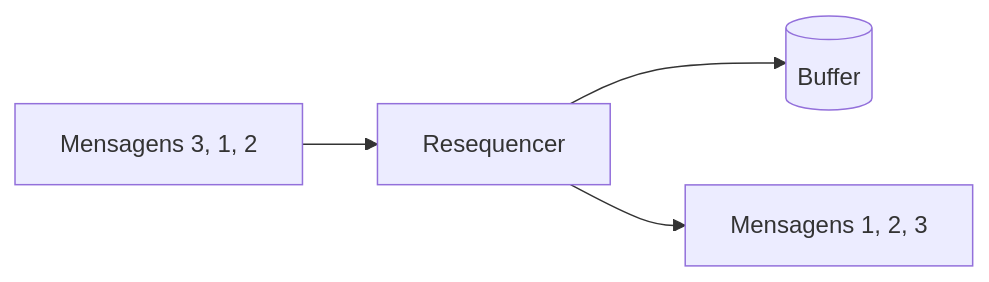
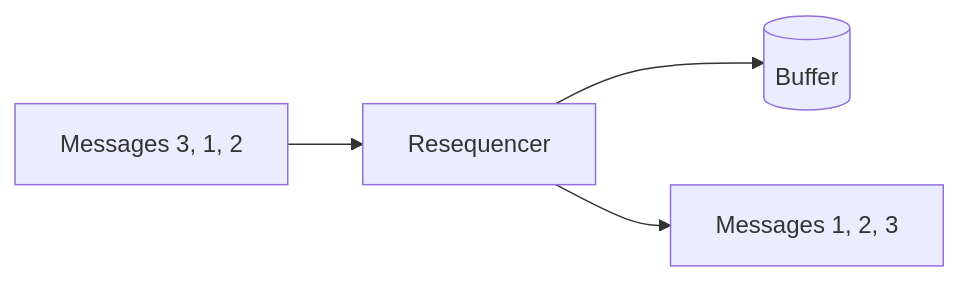
The diagram in docs/architecture/eip/message-routing/resequencer.md (alancesar/design-patterns), drawn with Mermaid before and after one commit. The commit also changed 258 other files, not shown here.

First line of the commit message:
Translate Mermaid diagrams to English

````diff
--- a/docs/architecture/eip/message-routing/resequencer.md
+++ b/docs/architecture/eip/message-routing/resequencer.md
@@ -52,6 +52,6 @@
 ```mermaid
 flowchart LR
-    IN["Mensagens 3, 1, 2"] --> RS["Resequencer"]
+    IN["Messages 3, 1, 2"] --> RS["Resequencer"]
     RS --> B[("Buffer")]
-    RS --> OUT["Mensagens 1, 2, 3"]
+    RS --> OUT["Messages 1, 2, 3"]
 ```
````
